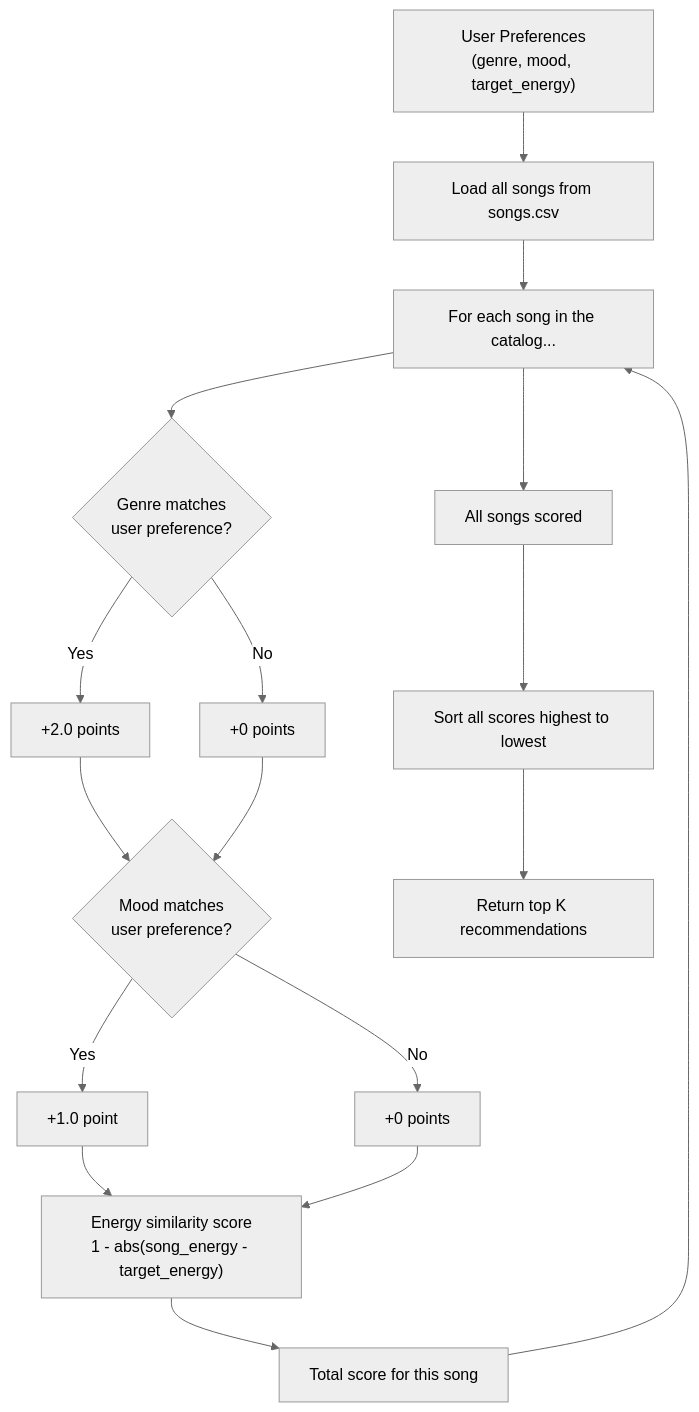
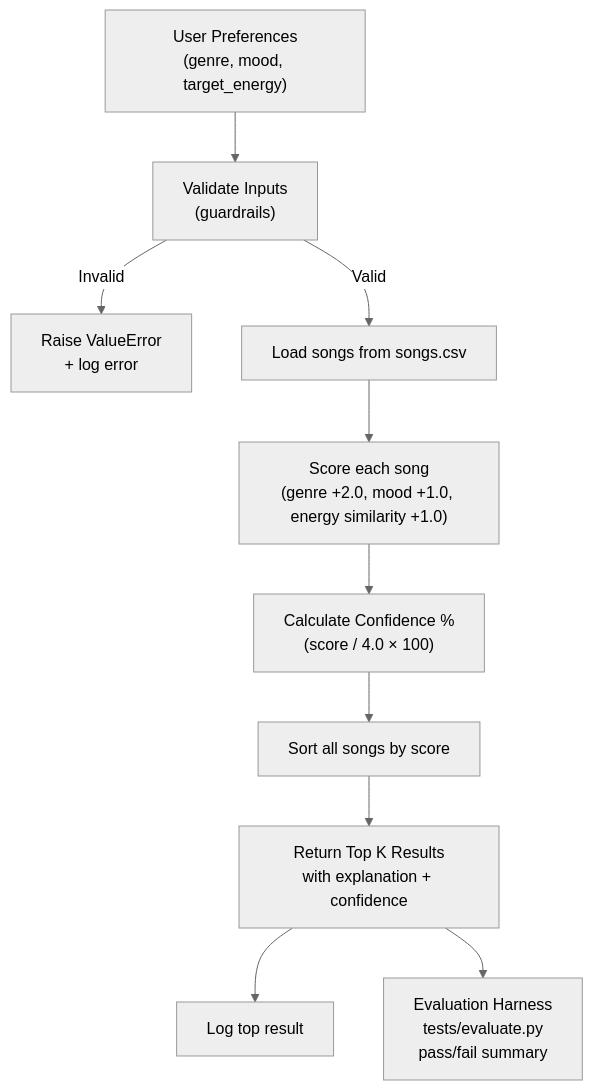
One commit to sewy777/applied-ai-system-project changed the diagram in README.md. Above: the diagram before and after it, drawn with Mermaid (neutral theme). The commit also changed other lines of this file and 5 other files, not shown here.

````diff
--- a/README.md
+++ b/README.md
@@ -46,19 +28,12 @@
 ```mermaid
 flowchart TD
-    A["User Preferences\n(genre, mood, target_energy)"] --> B["Load all songs from songs.csv"]
-    B --> C["For each song in the catalog..."]
-    C --> D{"Genre matches\nuser preference?"}
-    D -->|Yes| E["+2.0 points"]
-    D -->|No| F["+0 points"]
-    E --> G{"Mood matches\nuser preference?"}
-    F --> G
-    G -->|Yes| H["+1.0 point"]
-    G -->|No| I["+0 points"]
-    H --> J["Energy similarity score\n1 - abs(song_energy - target_energy)"]
-    I --> J
-    J --> K["Total score for this song"]
-    K --> C
-    C --> L["All songs scored"]
-    L --> M["Sort all scores highest to lowest"]
-    M --> N["Return top K recommendations"]
+    A["User Preferences\n(genre, mood, target_energy)"] --> B["Validate Inputs\n(guardrails)"]
+    B -->|Invalid| C["Raise ValueError\n+ log error"]
+    B -->|Valid| D["Load songs from songs.csv"]
+    D --> E["Score each song\n(genre +2.0, mood +1.0, energy similarity +1.0)"]
+    E --> F["Calculate Confidence %\n(score / 4.0 × 100)"]
+    F --> G["Sort all songs by score"]
+    G --> H["Return Top K Results\nwith explanation + confidence"]
+    H --> I["Log top result"]
+    H --> J["Evaluation Harness\ntests/evaluate.py\npass/fail summary"]
 ```
````
